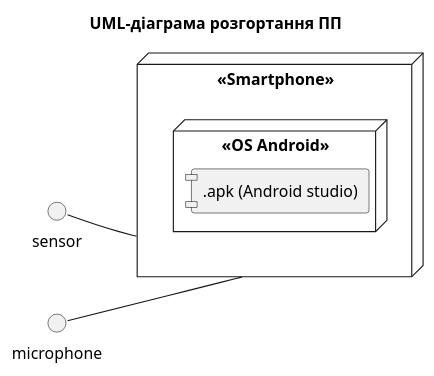
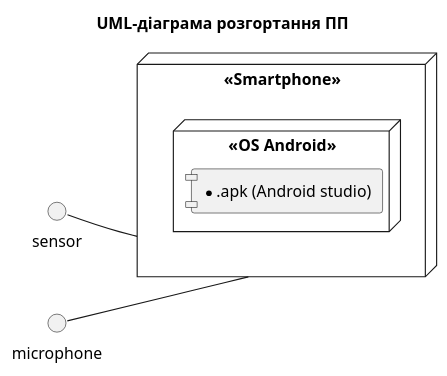
Before and after one commit to oleksandrblazhko/ai202-baranyuk: the diagram in 2-SoftwareDesign/2.7-PlantUML/UML-Deployment.puml, drawn with PlantUML.

```diff
--- a/2-SoftwareDesign/2.7-PlantUML/UML-Deployment.puml
+++ b/2-SoftwareDesign/2.7-PlantUML/UML-Deployment.puml
@@ -1,22 +1,22 @@
 @startuml
 
 title UML-діаграма розгортання ПП
 
 left to right direction
 
 skinparam componentStyle uml1
 
 node "<<Smartphone>>" as smart {
 	node "<<OS Android>>" {
-		component [.apk (Android studio)]
+		component [*.apk (Android studio)]
 	}
 }
 
 interface sensor
 
 interface microphone
 
 microphone -- smart
 sensor -- smart
 
 @enduml
```
